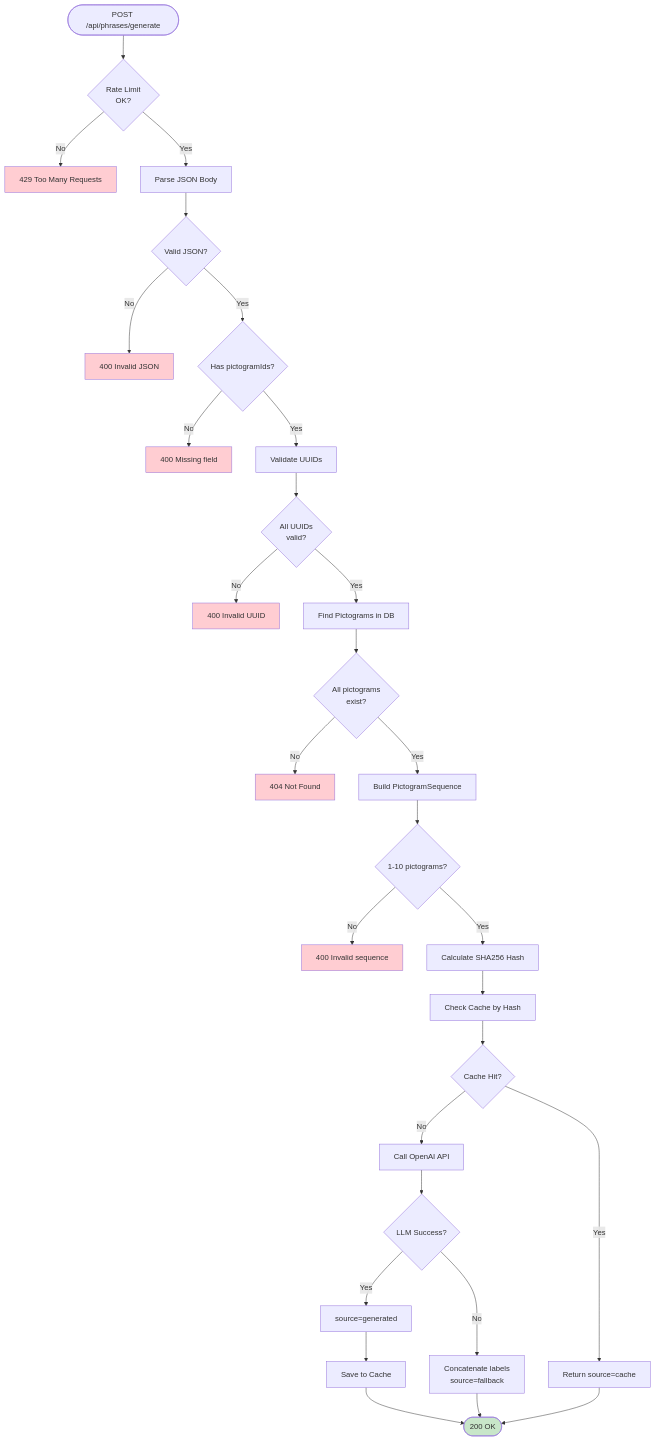
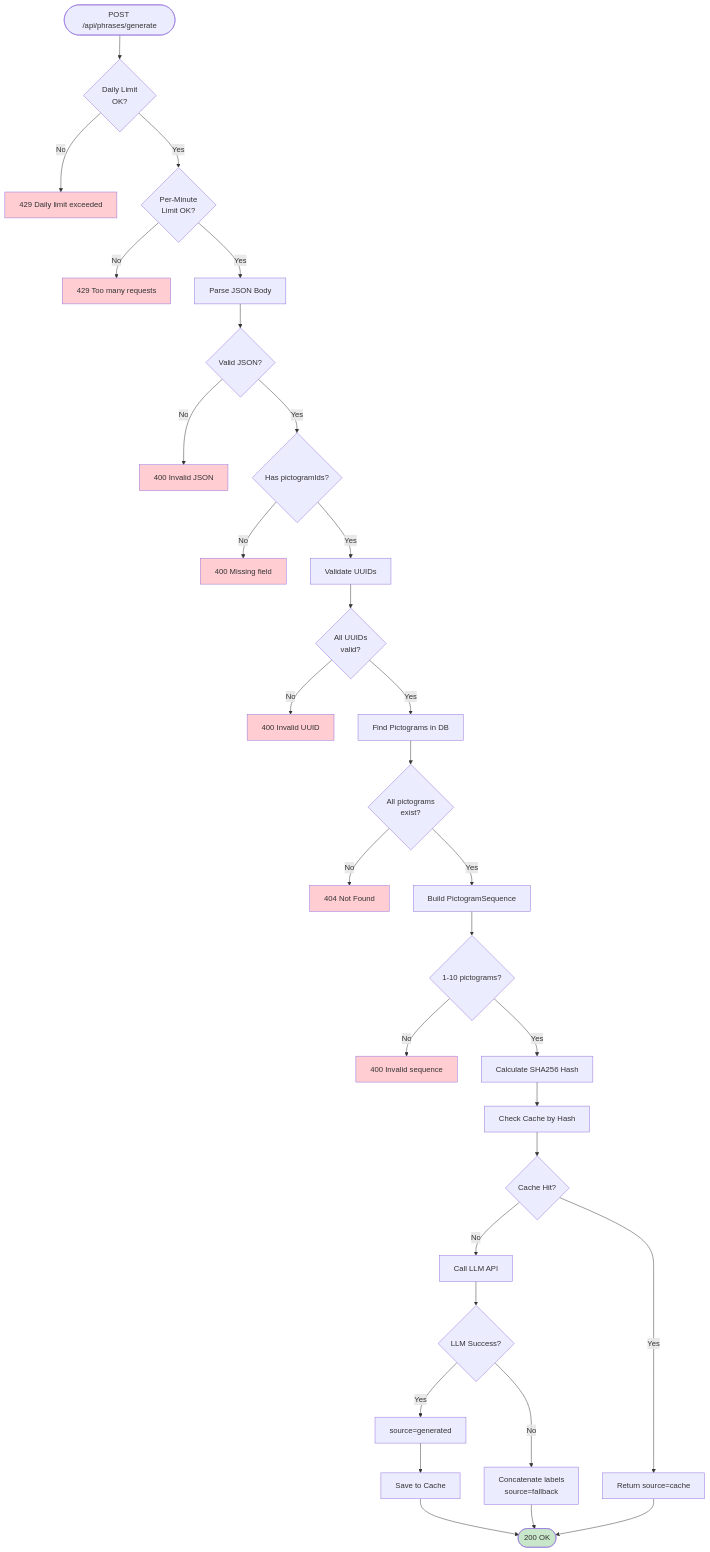
Before and after one commit to luismiglezmohino/HablaIA: the second of 6 diagrams in docs/diagrams/api-flow.md, drawn with Mermaid. The commit also changed other lines of this file and 14 other files, not shown here.

First line of the commit message:
feat(security): add daily rate limit per IP on LLM API calls

````diff
--- a/docs/diagrams/api-flow.md
+++ b/docs/diagrams/api-flow.md
@@ -117,50 +125,54 @@
 ```mermaid
 flowchart TB
-    Start([POST /api/phrases/generate]) --> RateLimit{Rate Limit<br/>OK?}
+    Start([POST /api/phrases/generate]) --> DailyLimit{Daily Limit<br/>OK?}
 
-    RateLimit -->|No| Error429[429 Too Many Requests]
-    RateLimit -->|Yes| ParseJSON[Parse JSON Body]
+    DailyLimit -->|No| Error429D[429 Daily limit exceeded]
+    DailyLimit -->|Yes| MinuteLimit{Per-Minute<br/>Limit OK?}
+
+    MinuteLimit -->|No| Error429M[429 Too many requests]
+    MinuteLimit -->|Yes| ParseJSON[Parse JSON Body]
 
     ParseJSON --> ValidJSON{Valid JSON?}
     ValidJSON -->|No| Error400A[400 Invalid JSON]
     ValidJSON -->|Yes| HasField{Has pictogramIds?}
 
     HasField -->|No| Error400B[400 Missing field]
     HasField -->|Yes| ValidateUUIDs[Validate UUIDs]
 
     ValidateUUIDs --> UUIDValid{All UUIDs<br/>valid?}
     UUIDValid -->|No| Error400C[400 Invalid UUID]
     UUIDValid -->|Yes| FindPictograms[Find Pictograms in DB]
 
     FindPictograms --> AllExist{All pictograms<br/>exist?}
     AllExist -->|No| Error404[404 Not Found]
     AllExist -->|Yes| BuildSequence[Build PictogramSequence]
 
     BuildSequence --> ValidSequence{1-10 pictograms?}
     ValidSequence -->|No| Error400D[400 Invalid sequence]
     ValidSequence -->|Yes| CalcHash[Calculate SHA256 Hash]
 
     CalcHash --> CheckCache[Check Cache by Hash]
     CheckCache --> CacheHit{Cache Hit?}
 
     CacheHit -->|Yes| ReturnCache[Return source=cache]
-    CacheHit -->|No| CallLLM[Call OpenAI API]
+    CacheHit -->|No| CallLLM[Call LLM API]
 
     CallLLM --> LLMSuccess{LLM Success?}
     LLMSuccess -->|Yes| Generated[source=generated]
     LLMSuccess -->|No| Fallback[Concatenate labels<br/>source=fallback]
 
     Generated --> SaveCache[Save to Cache]
 
     SaveCache --> Success([200 OK])
     Fallback --> Success
     ReturnCache --> Success
 
     style Success fill:#c8e6c9
-    style Error429 fill:#ffcdd2
+    style Error429D fill:#ffcdd2
+    style Error429M fill:#ffcdd2
     style Error400A fill:#ffcdd2
     style Error400B fill:#ffcdd2
     style Error400C fill:#ffcdd2
     style Error400D fill:#ffcdd2
     style Error404 fill:#ffcdd2
 ```
````
